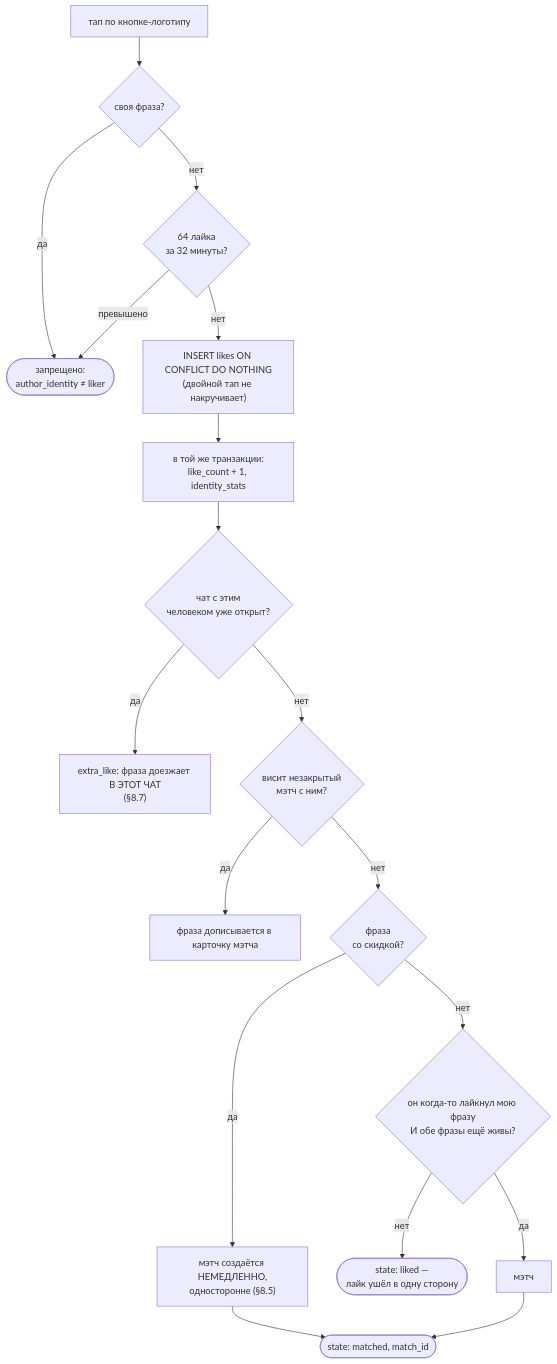
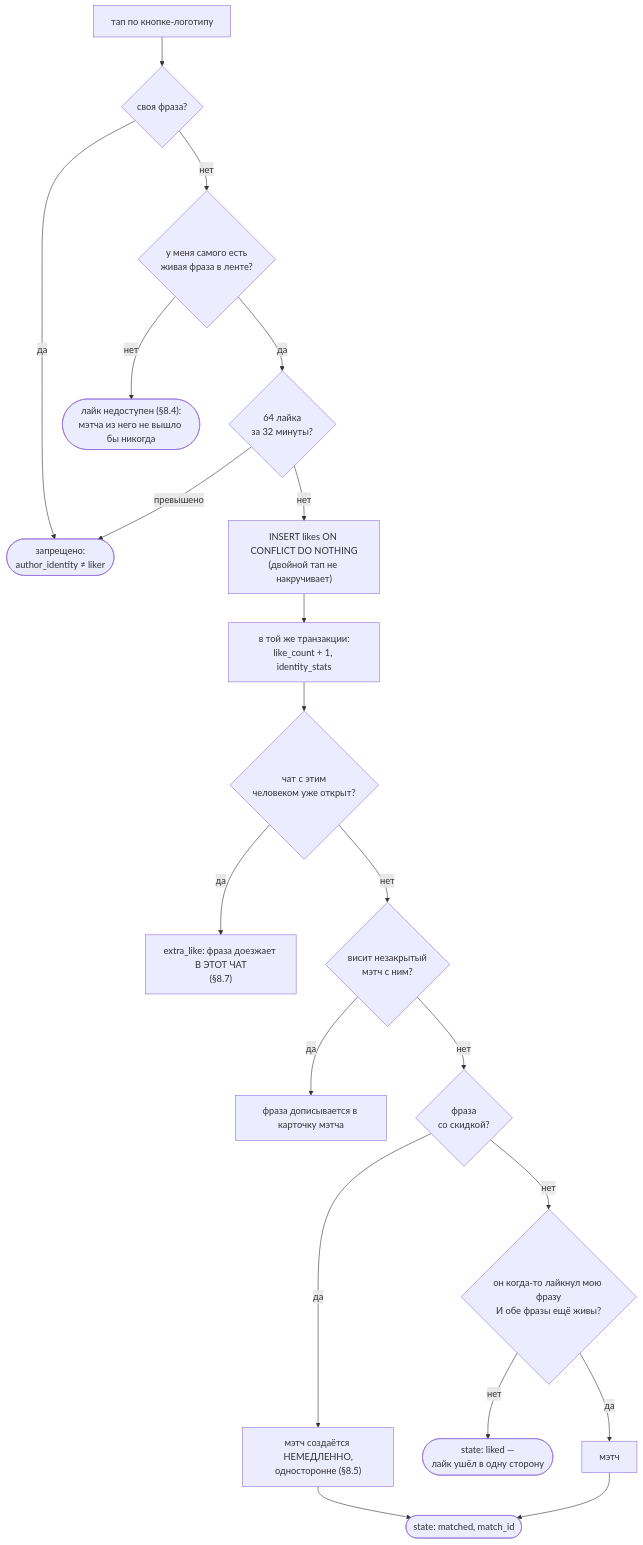
The ninth of 29 diagrams in docs/chat-flows_RU.md (panov-id/xor.ad), drawn with Mermaid before and after one commit. The commit also changed other lines of this file and 9 other files, not shown here.

First line of the commit message:
Walk every flow against the decisions, and write down what proves them

````diff
--- a/docs/chat-flows_RU.md
+++ b/docs/chat-flows_RU.md
@@ -298,20 +314,22 @@
 ```mermaid
 flowchart TD
   tap["тап по кнопке-логотипу"] --> self{"своя фраза?"}
   self -- "да" --> no(["запрещено:<br/>author_identity ≠ liker"])
-  self -- "нет" --> rate{"64 лайка<br/>за 32 минуты?"}
+  self -- "нет" --> alive{"у меня самого есть<br/>живая фраза в ленте?"}
+  alive -- "нет" --> nolike(["лайк недоступен #40;§8.4#41;:<br/>мэтча из него не вышло бы никогда"])
+  alive -- "да" --> rate{"64 лайка<br/>за 32 минуты?"}
   rate -- "превышено" --> no
   rate -- "нет" --> ins["INSERT likes ON CONFLICT DO NOTHING<br/>#40;двойной тап не накручивает#41;"]
   ins --> counters["в той же транзакции:<br/>like_count + 1, identity_stats"]
   counters --> chat{"чат с этим<br/>человеком уже открыт?"}
   chat -- "да" --> extra["extra_like: фраза доезжает В ЭТОТ ЧАТ<br/>#40;§8.7#41;"]
   chat -- "нет" --> hanging{"висит незакрытый<br/>мэтч с ним?"}
   hanging -- "да" --> card["фраза дописывается в карточку мэтча"]
   hanging -- "нет" --> discount{"фраза<br/>со скидкой?"}
   discount -- "да" --> m1["мэтч создаётся НЕМЕДЛЕННО,<br/>односторонне #40;§8.5#41;"]
   discount -- "нет" --> mutual{"он когда-то лайкнул мою фразу<br/>И обе фразы ещё живы?"}
   mutual -- "нет" --> quiet(["state: liked —<br/>лайк ушёл в одну сторону"])
   mutual -- "да" --> m2["мэтч"]
   m1 --> matched(["state: matched, match_id"])
   m2 --> matched
 ```
````
